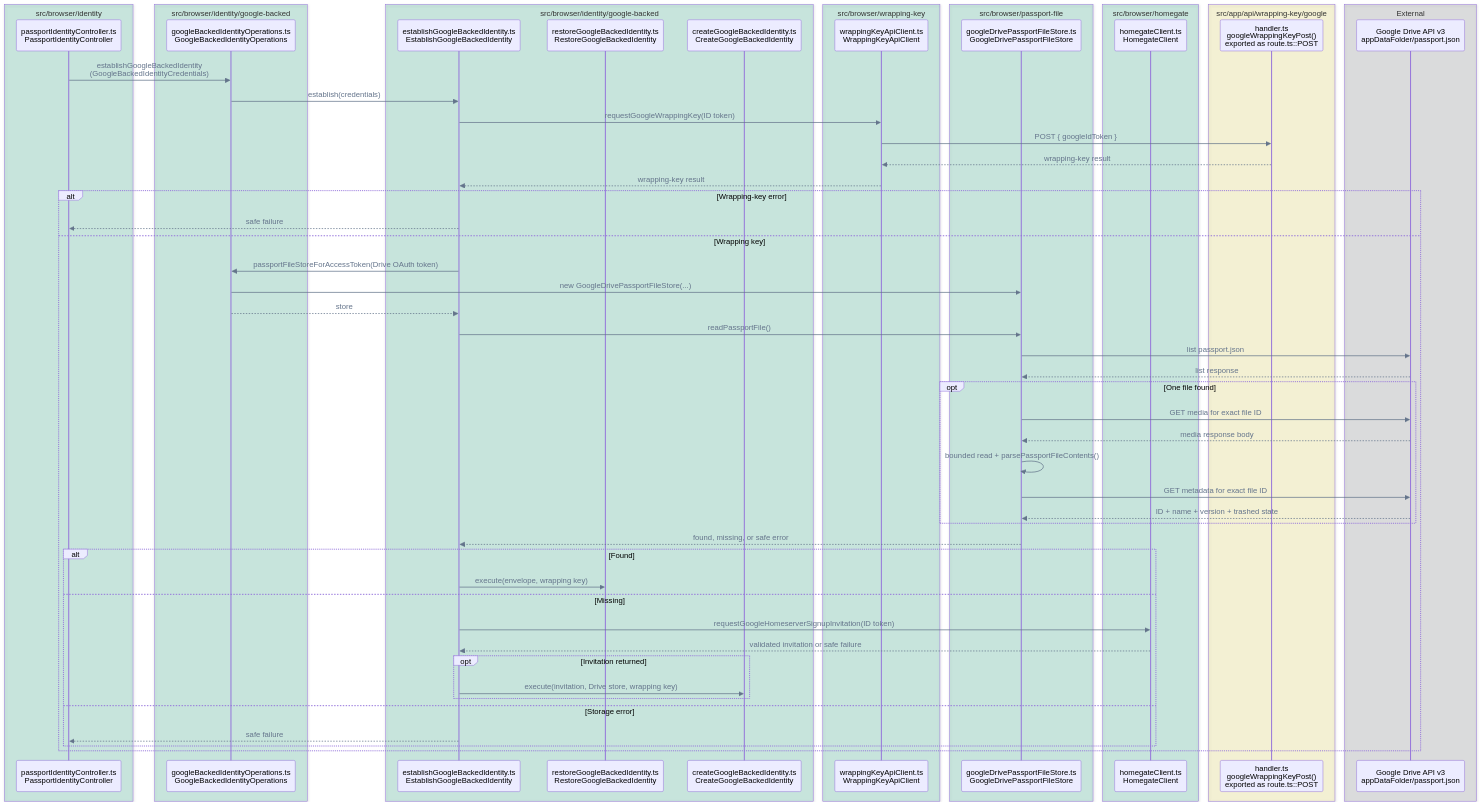
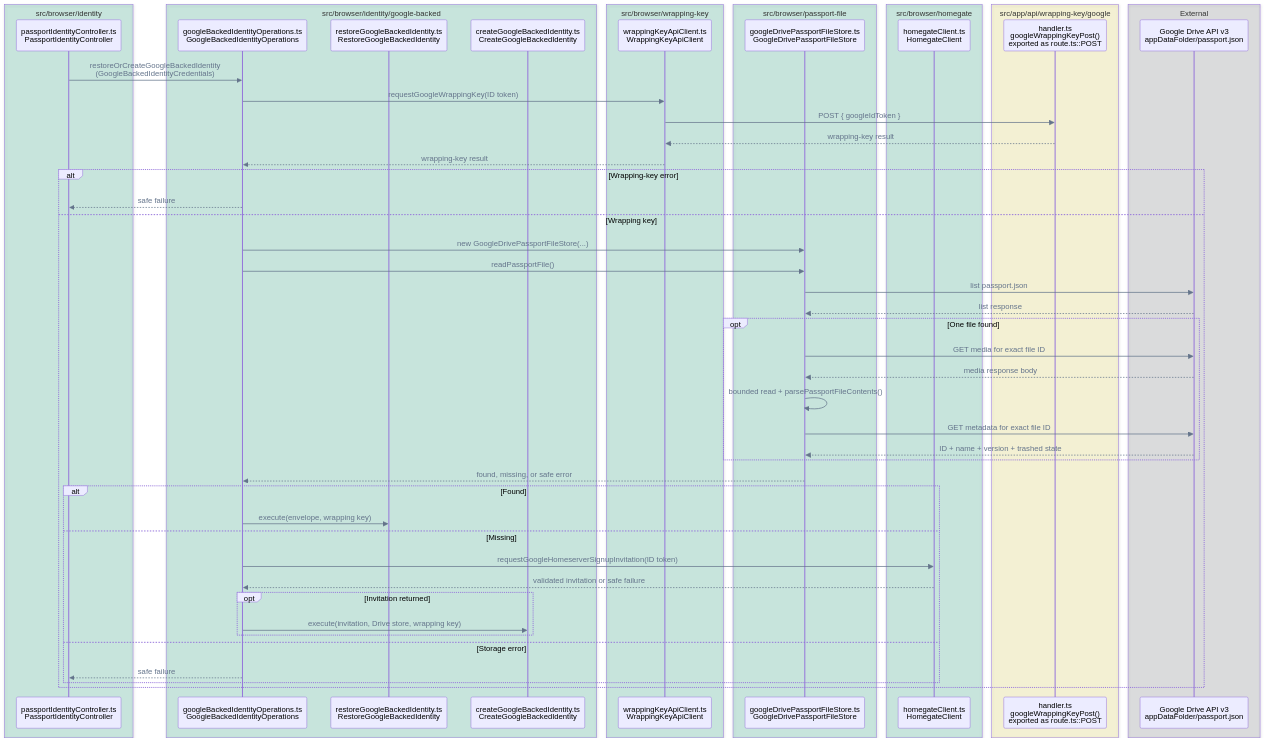
One commit to pubky/pubky-passport changed the eighth of 14 diagrams in FLOWS.md. Above: the diagram before and after it, drawn with Mermaid. The commit also changed other lines of this file and 10 other files, not shown here.

Commit message:
refactor: restructure Google-backed identity operations

````diff
--- a/FLOWS.md
+++ b/FLOWS.md
@@ -383,68 +383,62 @@
 ```mermaid
 %%{init: {"themeVariables": {"signalColor": "#64748B", "signalTextColor": "#64748B"}}}%%
 sequenceDiagram
     accTitle: Google-backed custody/recovery establishment call flow
     accDescr: GoogleBackedIdentityOperations requests a wrapping key, reads the Google Drive Passport file, and dispatches a found file to restore or requests a Homegate invitation before creating a missing identity, without passing the wrapping key to Drive storage.
     box rgba(0, 158, 115, 0.18) src/browser/identity
         participant Controller as passportIdentityController.ts<br/>PassportIdentityController
     end
     box rgba(0, 158, 115, 0.18) src/browser/identity/google-backed
         participant Operations as googleBackedIdentityOperations.ts<br/>GoogleBackedIdentityOperations
-    end
-    box rgba(0, 158, 115, 0.18) src/browser/identity/google-backed
-        participant Establish as establishGoogleBackedIdentity.ts<br/>EstablishGoogleBackedIdentity
         participant Restore as restoreGoogleBackedIdentity.ts<br/>RestoreGoogleBackedIdentity
         participant Creator as createGoogleBackedIdentity.ts<br/>CreateGoogleBackedIdentity
     end
     box rgba(0, 158, 115, 0.18) src/browser/wrapping-key
         participant Wrapping as wrappingKeyApiClient.ts<br/>WrappingKeyApiClient
     end
     box rgba(0, 158, 115, 0.18) src/browser/passport-file
         participant DriveStore as googleDrivePassportFileStore.ts<br/>GoogleDrivePassportFileStore
     end
     box rgba(0, 158, 115, 0.18) src/browser/homegate
         participant Invite as homegateClient.ts<br/>HomegateClient
     end
     box rgba(240, 228, 66, 0.18) src/app/api/wrapping-key/google
         participant API as handler.ts<br/>googleWrappingKeyPost()<br/>exported as route.ts::POST
     end
     box rgba(17, 24, 39, 0.12) External
         participant Drive as Google Drive API v3<br/>appDataFolder/passport.json
     end
 
-    Controller->>Operations: establishGoogleBackedIdentity<br/>(GoogleBackedIdentityCredentials)
-    Operations->>Establish: establish(credentials)
-    Establish->>Wrapping: requestGoogleWrappingKey(ID token)
+    Controller->>Operations: restoreOrCreateGoogleBackedIdentity<br/>(GoogleBackedIdentityCredentials)
+    Operations->>Wrapping: requestGoogleWrappingKey(ID token)
     Wrapping->>API: POST { googleIdToken }
     API-->>Wrapping: wrapping-key result
-    Wrapping-->>Establish: wrapping-key result
+    Wrapping-->>Operations: wrapping-key result
     alt Wrapping-key error
-        Establish-->>Controller: safe failure
+        Operations-->>Controller: safe failure
     else Wrapping key
-        Establish->>Operations: passportFileStoreForAccessToken(Drive OAuth token)
         Operations->>DriveStore: new GoogleDrivePassportFileStore(...)
-        Operations-->>Establish: store
-        Establish->>DriveStore: readPassportFile()
+        Operations->>DriveStore: readPassportFile()
         DriveStore->>Drive: list passport.json
         Drive-->>DriveStore: list response
         opt One file found
             DriveStore->>Drive: GET media for exact file ID
             Drive-->>DriveStore: media response body
             DriveStore->>DriveStore: bounded read + parsePassportFileContents()
             DriveStore->>Drive: GET metadata for exact file ID
             Drive-->>DriveStore: ID + name + version + trashed state
         end
-        DriveStore-->>Establish: found, missing, or safe error
+        DriveStore-->>Operations: found, missing, or safe error
         alt Found
-            Establish->>Restore: execute(envelope, wrapping key)
+            Operations->>Restore: execute(envelope, wrapping key)
         else Missing
-            Establish->>Invite: requestGoogleHomeserverSignupInvitation(ID token)
-            Invite-->>Establish: validated invitation or safe failure
+            Operations->>Invite: requestGoogleHomeserverSignupInvitation(ID token)
+            Invite-->>Operations: validated invitation or safe failure
             opt Invitation returned
-                Establish->>Creator: execute(invitation, Drive store, wrapping key)
+                Operations->>Creator: execute(invitation, Drive store, wrapping key)
             end
         else Storage error
-            Establish-->>Controller: safe failure
+            Operations-->>Controller: safe failure
         end
     end
 ```
````
